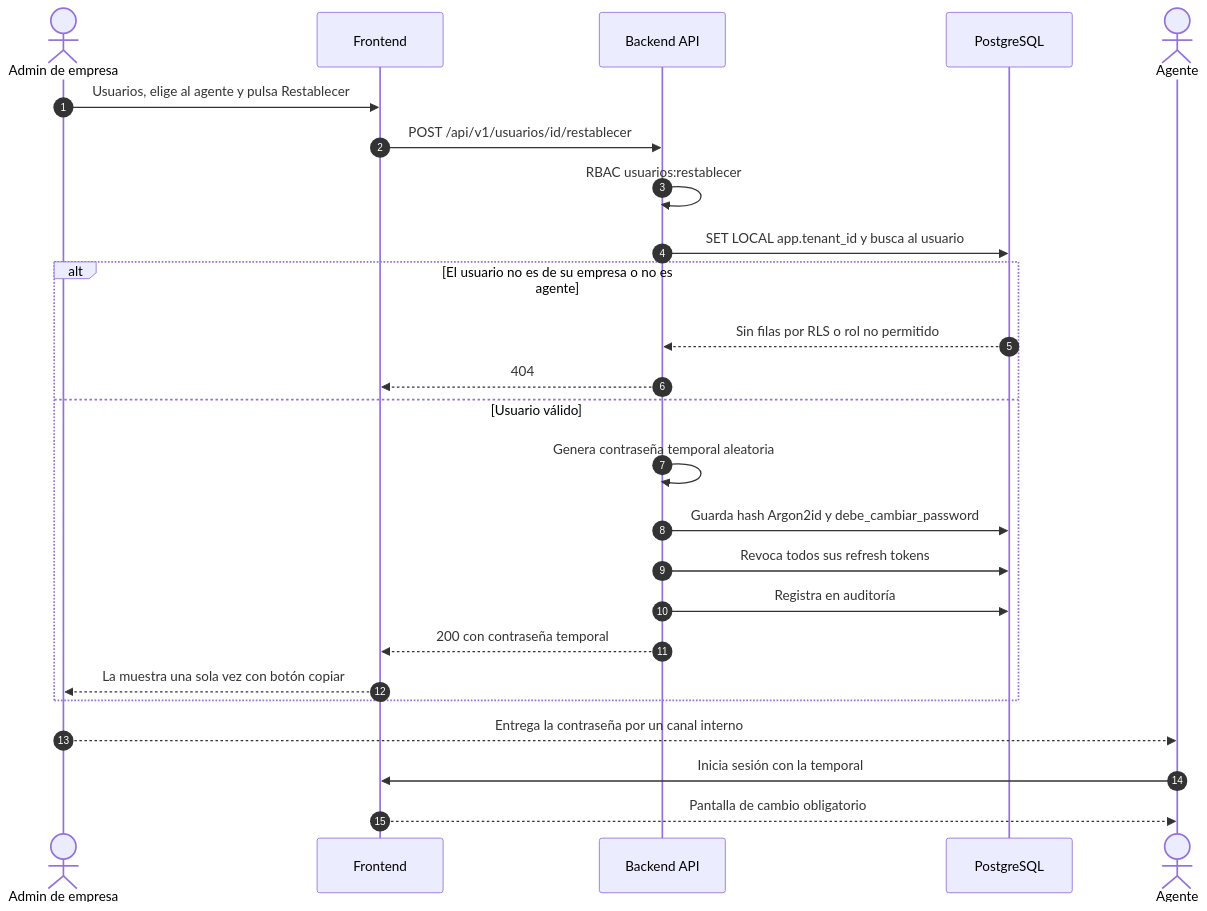
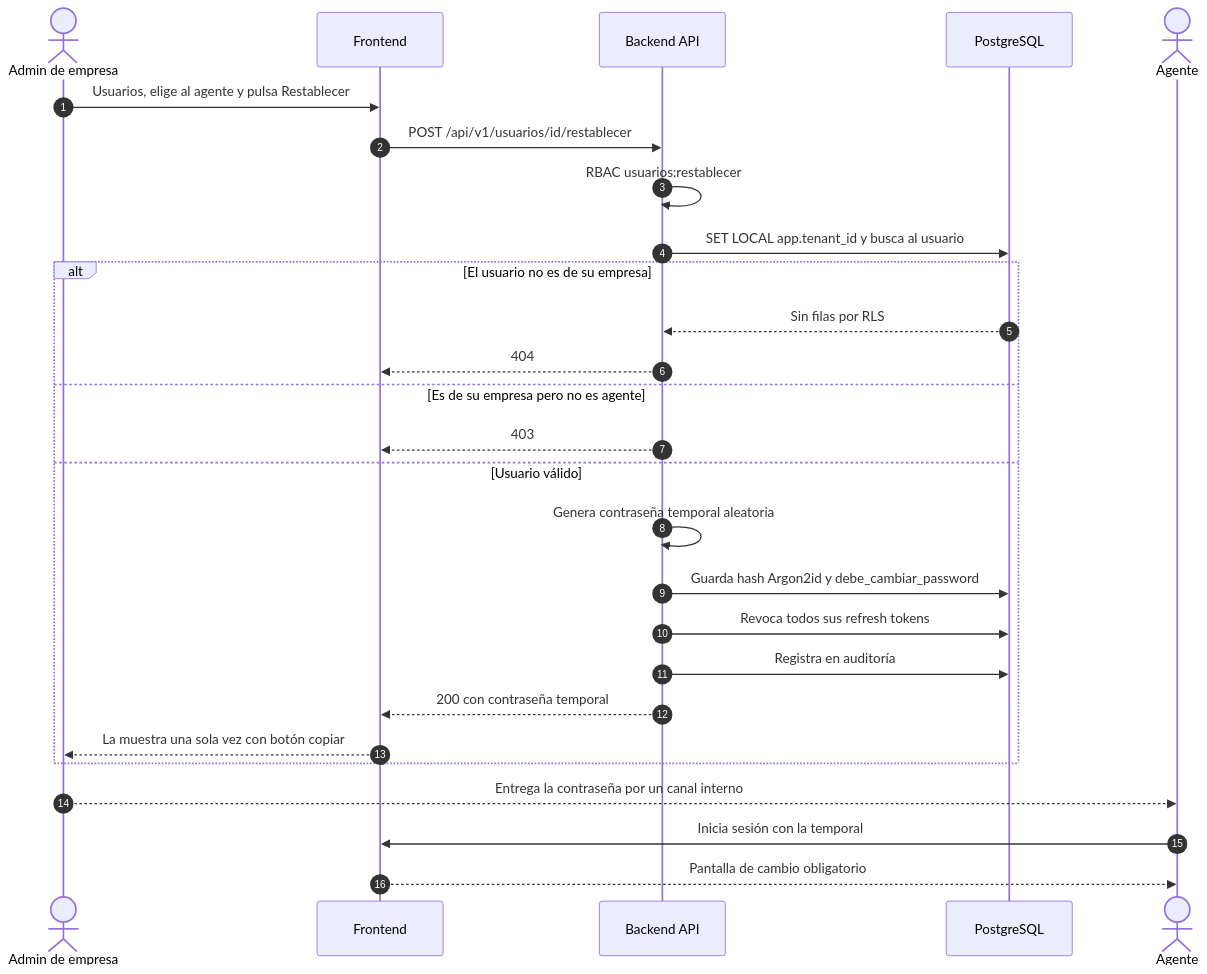
One commit to GerardoGM14/app-tesis-chatbot changed the diagram in docs/02-uml/secuencias/06-restablecer-contrasena.md. Above: the diagram before and after it, drawn with Mermaid. The commit also changed other lines of this file and 28 other files, not shown here.

````diff
--- a/docs/02-uml/secuencias/06-restablecer-contrasena.md
+++ b/docs/02-uml/secuencias/06-restablecer-contrasena.md
@@ -5,28 +5,30 @@
 ```mermaid
 sequenceDiagram
   autonumber
   actor AD as Admin de empresa
   participant W as Frontend
   participant A as Backend API
   participant D as PostgreSQL
   actor AG as Agente
 
   AD->>W: Usuarios, elige al agente y pulsa Restablecer
   W->>A: POST /api/v1/usuarios/id/restablecer
   A->>A: RBAC usuarios:restablecer
   A->>D: SET LOCAL app.tenant_id y busca al usuario
-  alt El usuario no es de su empresa o no es agente
-    D-->>A: Sin filas por RLS o rol no permitido
+  alt El usuario no es de su empresa
+    D-->>A: Sin filas por RLS
     A-->>W: 404
+  else Es de su empresa pero no es agente
+    A-->>W: 403
   else Usuario válido
     A->>A: Genera contraseña temporal aleatoria
     A->>D: Guarda hash Argon2id y debe_cambiar_password
     A->>D: Revoca todos sus refresh tokens
     A->>D: Registra en auditoría
     A-->>W: 200 con contraseña temporal
     W-->>AD: La muestra una sola vez con botón copiar
   end
   AD-->>AG: Entrega la contraseña por un canal interno
   AG->>W: Inicia sesión con la temporal
   W-->>AG: Pantalla de cambio obligatorio
 ```
````
